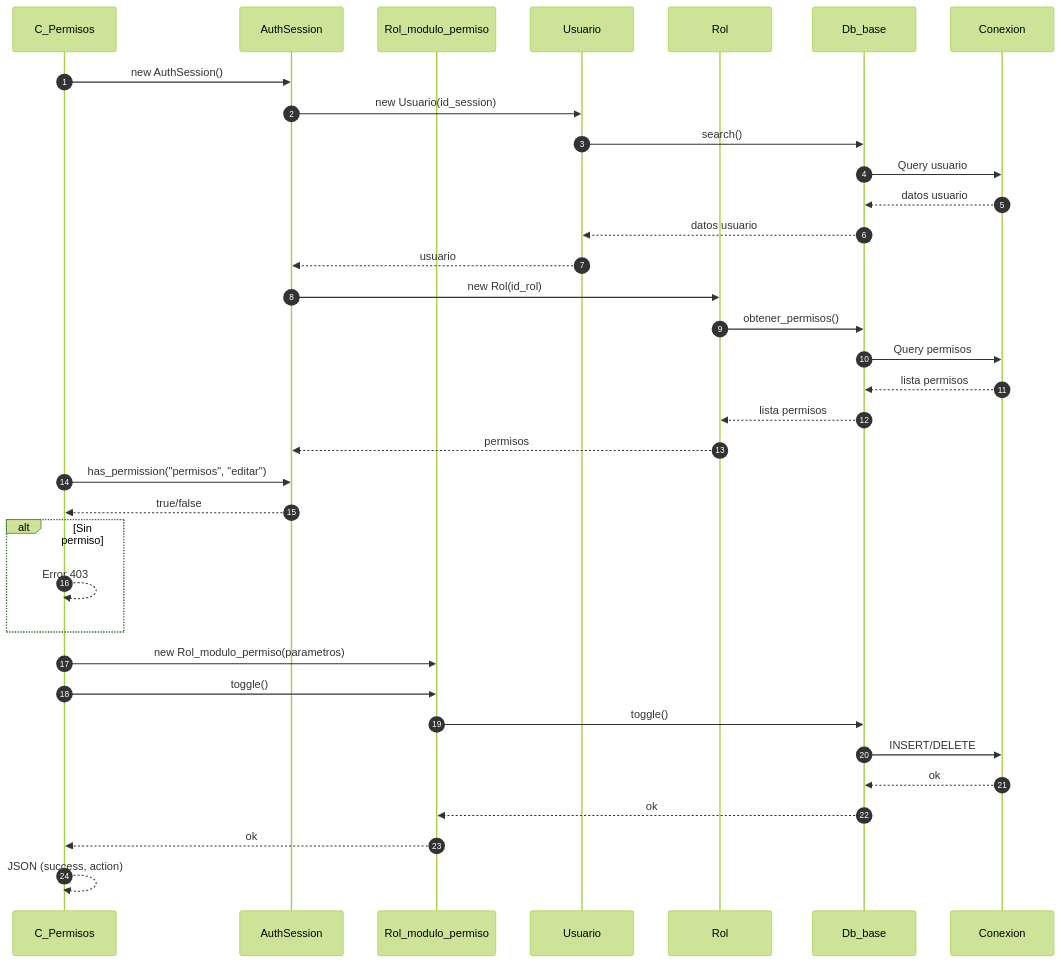
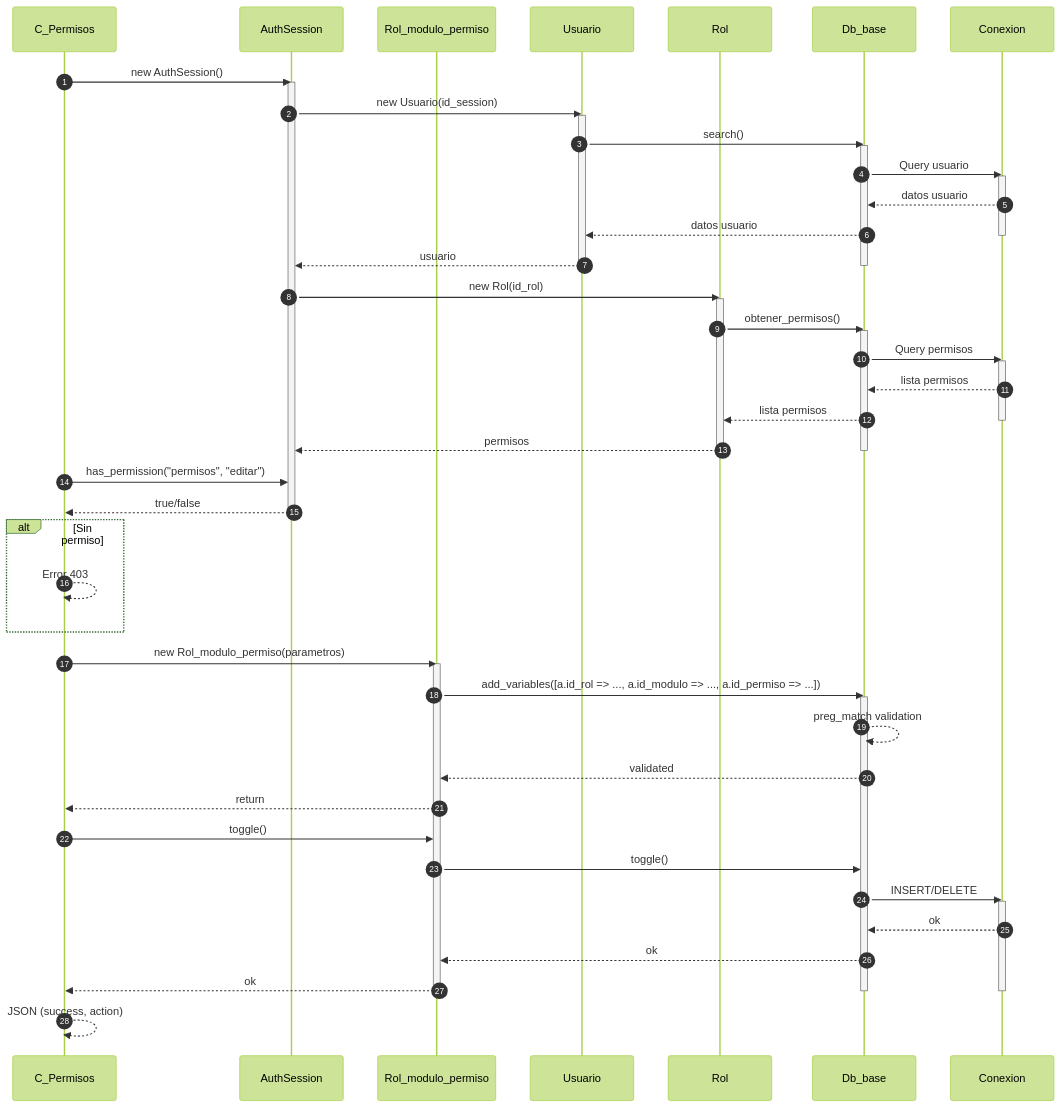
The third of 4 diagrams in docs/secuencia/permisos/permisos.md (Tecrato/BurgerHouse), drawn with Mermaid (forest theme) before and after one commit. The commit also changed other lines of this file and 16 other files, not shown here.

First line of the commit message:
Annotate mermaid sequences & throttle generator

````diff
--- a/docs/secuencia/permisos/permisos.md
+++ b/docs/secuencia/permisos/permisos.md
@@ -95,43 +135,67 @@
 ```mermaid
 sequenceDiagram
     autonumber
     participant C_Permisos as C_Permisos
     participant AuthSession as AuthSession
     participant Rol_modulo_permiso as Rol_modulo_permiso
     participant Usuario as Usuario
     participant Rol as Rol
     participant Db_base as Db_base
     participant Conexion as Conexion
     
     C_Permisos->>AuthSession: new AuthSession()
+    activate AuthSession
     AuthSession->>Usuario: new Usuario(id_session)
+    activate Usuario
     Usuario->>Db_base: search()
+    activate Db_base
     Db_base->>Conexion: Query usuario
+    activate Conexion
     Conexion-->>Db_base: datos usuario
     Db_base-->>Usuario: datos usuario
+    deactivate Conexion
     Usuario-->>AuthSession: usuario
+    deactivate Usuario
+    deactivate Db_base
     
     AuthSession->>Rol: new Rol(id_rol)
+    activate Rol
     Rol->>Db_base: obtener_permisos()
+    activate Db_base
     Db_base->>Conexion: Query permisos
+    activate Conexion
     Conexion-->>Db_base: lista permisos
     Db_base-->>Rol: lista permisos
+    deactivate Conexion
     Rol-->>AuthSession: permisos
+    deactivate Rol
+    deactivate Db_base
     
     C_Permisos->>AuthSession: has_permission("permisos", "editar")
     AuthSession-->>C_Permisos: true/false
+    deactivate AuthSession
     
     alt Sin permiso
         C_Permisos-->>C_Permisos: Error 403
     end
     
     C_Permisos->>Rol_modulo_permiso: new Rol_modulo_permiso(parametros)
+    activate Rol_modulo_permiso
+    Rol_modulo_permiso->>Db_base: add_variables([a.id_rol => ..., a.id_modulo => ..., a.id_permiso => ...])
+    activate Db_base
+    Db_base-->>Db_base: preg_match validation
+    Db_base-->>Rol_modulo_permiso: validated
+    Rol_modulo_permiso-->>C_Permisos: return
     C_Permisos->>Rol_modulo_permiso: toggle()
     Rol_modulo_permiso->>Db_base: toggle()
     Db_base->>Conexion: INSERT/DELETE
+    activate Conexion
     Conexion-->>Db_base: ok
     Db_base-->>Rol_modulo_permiso: ok
     Rol_modulo_permiso-->>C_Permisos: ok
+    deactivate Rol_modulo_permiso
+    deactivate Conexion
+    deactivate Db_base
     
     C_Permisos-->>C_Permisos: JSON (success, action)
 ```
````
